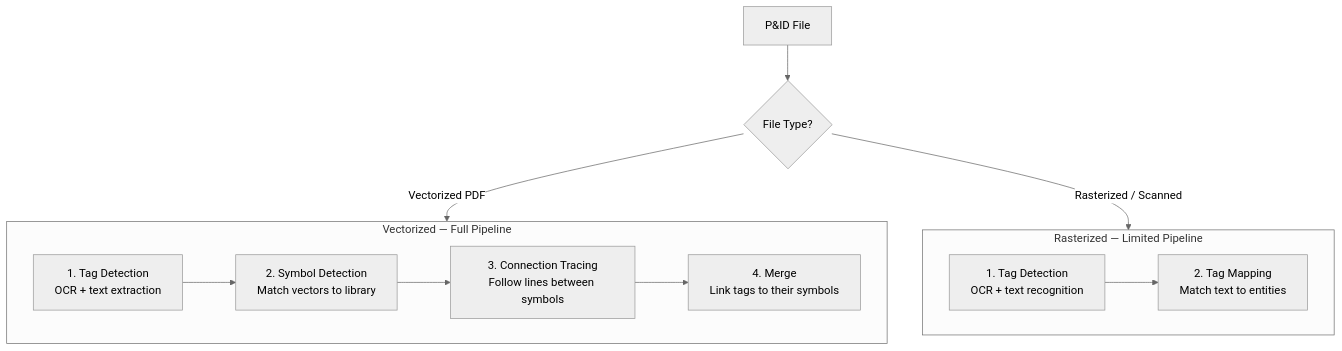
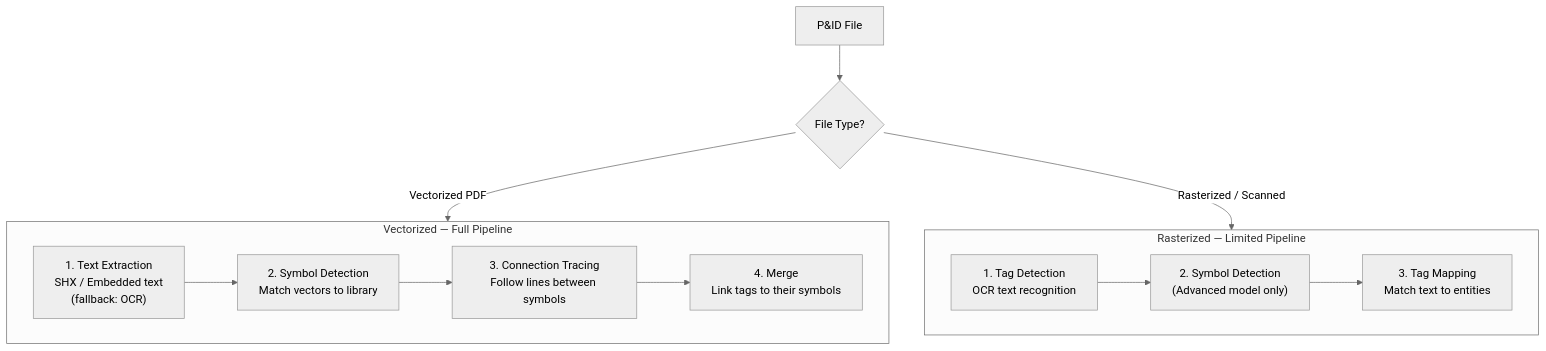
Before and after one commit to fbarsoba-cognite/sylvamo-project-documentation: the fourth of 22 diagrams in docs/reference/files/PID_CONTEXTUALIZATION_LIFECYCLE.md, drawn with Mermaid (neutral theme). The commit also changed other lines of this file and 4 other files, not shown here.

````diff
--- a/docs/reference/files/PID_CONTEXTUALIZATION_LIFECYCLE.md
+++ b/docs/reference/files/PID_CONTEXTUALIZATION_LIFECYCLE.md
@@ -177,23 +176,24 @@
 ```mermaid
 graph TB
     FILE["P&ID File"]
 
     FILE --> CHECK{"File Type?"}
 
     CHECK -->|"Vectorized PDF"| VEC
     CHECK -->|"Rasterized / Scanned"| RAS
 
     subgraph VEC["Vectorized — Full Pipeline"]
-        V1["1. Tag Detection<br/>OCR + text extraction"]
+        V1["1. Text Extraction<br/>SHX / Embedded text<br/>(fallback: OCR)"]
         V2["2. Symbol Detection<br/>Match vectors to library"]
         V3["3. Connection Tracing<br/>Follow lines between symbols"]
         V4["4. Merge<br/>Link tags to their symbols"]
         V1 --> V2 --> V3 --> V4
     end
 
     subgraph RAS["Rasterized — Limited Pipeline"]
-        R1["1. Tag Detection<br/>OCR + text recognition"]
-        R2["2. Tag Mapping<br/>Match text to entities"]
-        R1 --> R2
+        R1["1. Tag Detection<br/>OCR text recognition"]
+        R2["2. Symbol Detection<br/>(Advanced model only)"]
+        R3["3. Tag Mapping<br/>Match text to entities"]
+        R1 --> R2 --> R3
     end
 ```
````
